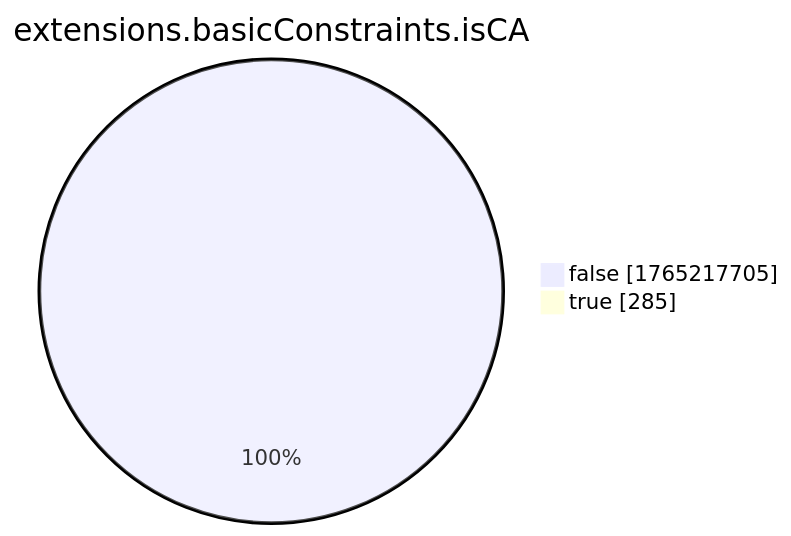
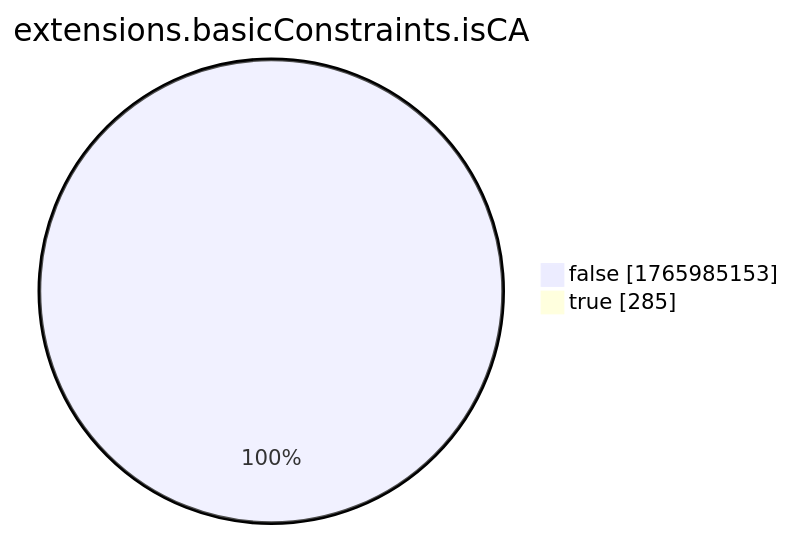
One commit to christiankrug/ctmonitor_visualization changed the eighth of 15 diagrams in xenon2022/README.md. Above: the diagram before and after it, drawn with Mermaid. The commit also changed other lines of this file, not shown here.

````diff
--- a/xenon2022/README.md
+++ b/xenon2022/README.md
@@ -2868,6 +2868,6 @@
 ```mermaid
 pie showData
 title extensions.basicConstraints.isCA
-"false" :1765217705
+"false" :1765985153
 "true" :285
 ```
````
